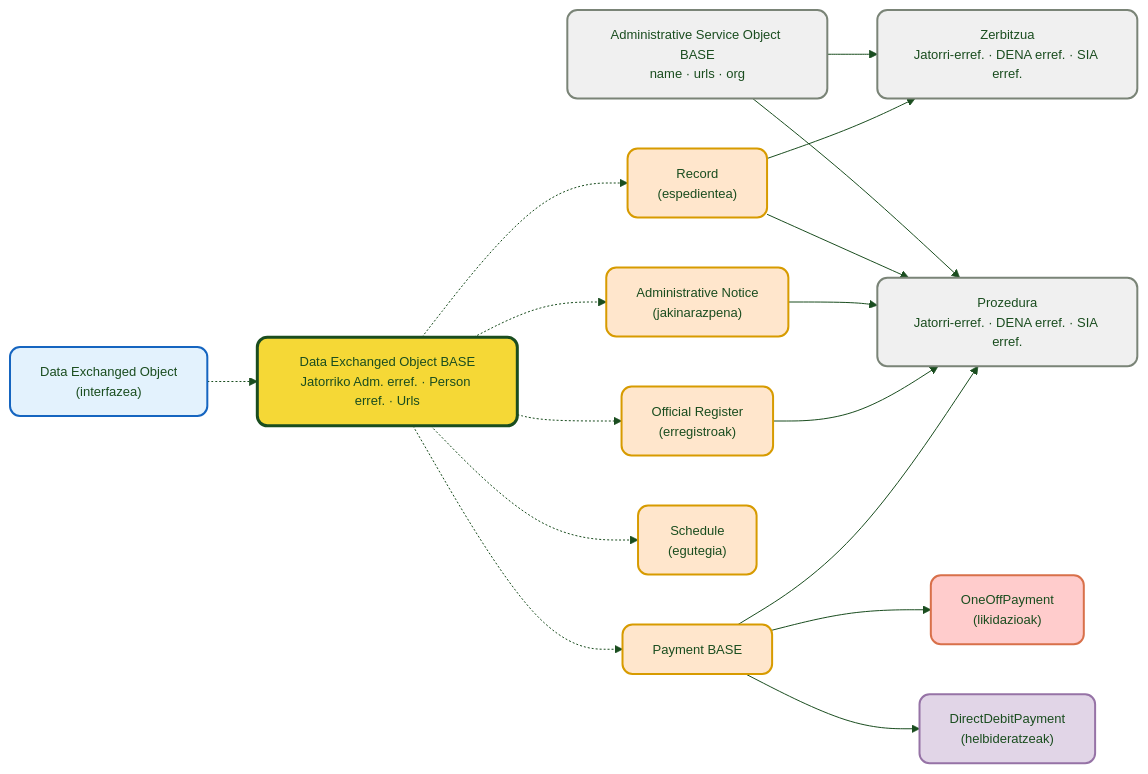
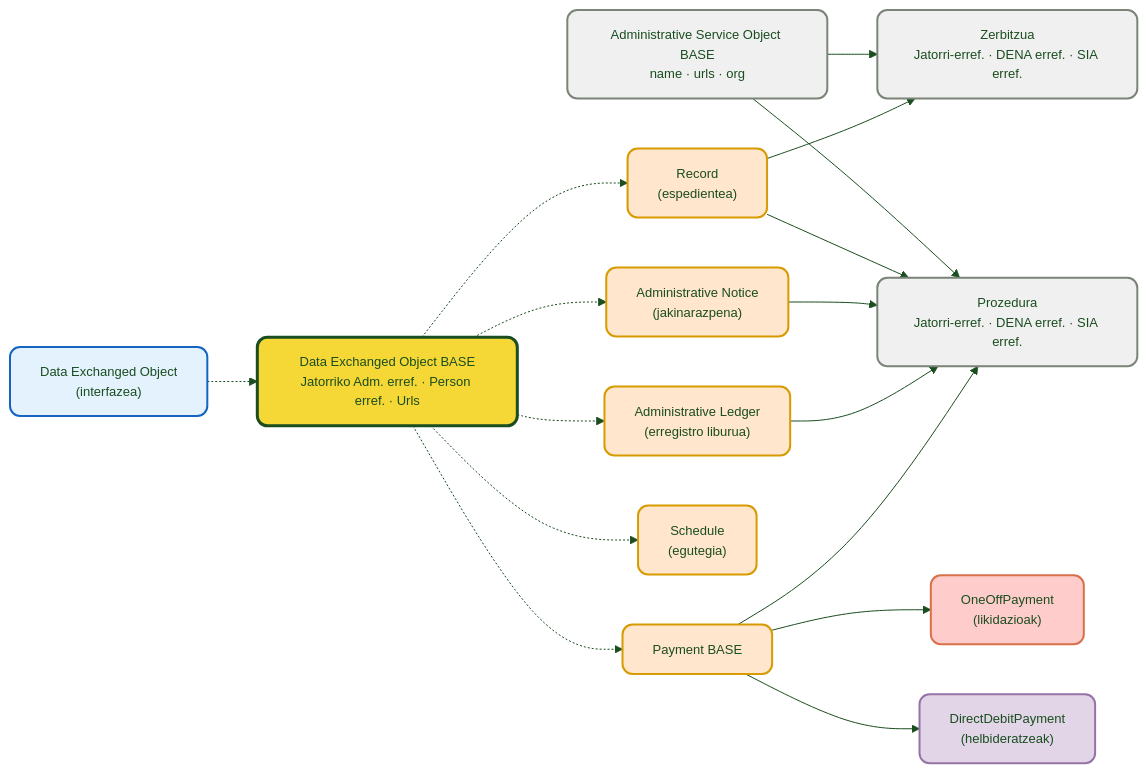
Before and after one commit to DENA-Euskadi/dena-euskadi.github.io: the first of 3 diagrams in docs/semantica/data-retrieve/index.eu.md, drawn with Mermaid. The commit also changed other lines of this file and 75 other files, not shown here.

````diff
--- a/docs/semantica/data-retrieve/index.eu.md
+++ b/docs/semantica/data-retrieve/index.eu.md
@@ -25,74 +25,74 @@
 ```mermaid
 ---
 config:
   theme: base
   themeVariables:
     primaryColor: "#FFFFFF"
     primaryTextColor: "#1a4d1f"
     primaryBorderColor: "#70d680"
     lineColor: "#1a4d1f"
     fontSize: "13px"
     fontFamily: "Manrope, sans-serif"
     edgeLabelBackground: "#FFFFFF"
 ---
 flowchart LR
     IFACE["Data Exchanged Object\n(interfazea)"]
     BASE["Data Exchanged Object BASE\nJatorriko Adm. erref. · Person erref. · Urls"]
 
     IFACE -.-> BASE
 
     RECORD["Record\n(espedientea)"]
     NOTICE["Administrative Notice\n(jakinarazpena)"]
-    REGISTRY["Official Register\n(erregistroak)"]
+    REGISTRY["Administrative Ledger\n(erregistro liburua)"]
     PAYBASE["Payment BASE"]
     SCHEDULE["Schedule\n(egutegia)"]
 
     BASE -.-> RECORD
     BASE -.-> NOTICE
     BASE -.-> REGISTRY
     BASE -.-> PAYBASE
     BASE -.-> SCHEDULE
 
     ONEOFF["OneOffPayment\n(likidazioak)"]
     DIRECTDEBIT["DirectDebitPayment\n(helbideratzeak)"]
 
     PAYBASE --> ONEOFF
     PAYBASE --> DIRECTDEBIT
 
     SRVBASE["Administrative Service Object BASE\nname · urls · org"]
     SRV["Zerbitzua\nJatorri-erref. · DENA erref. · SIA erref."]
     PROC["Prozedura\nJatorri-erref. · DENA erref. · SIA erref."]
 
     SRVBASE --> SRV
     SRVBASE --> PROC
 
     RECORD --> SRV
     RECORD --> PROC
     NOTICE --> PROC
     REGISTRY --> PROC
     PAYBASE --> PROC
 
     click RECORD "./data/expediente/" "Ver documentación de Expediente"
     click NOTICE "./data/notificacion/" "Ver documentación de Notificación"
-    click REGISTRY "./data/registro-oficial/" "Ver documentación de Registro Oficial"
+    click REGISTRY "./data/libro-registro/" "Ikusi Erregistro Liburuaren dokumentazioa"
     click PAYBASE "./data/pago/" "Ver documentación de Pagos"
     click ONEOFF "./data/pago/" "Ver documentación de Pago Único"
     click DIRECTDEBIT "./data/pago/" "Ver documentación de Domiciliación"
     click SCHEDULE "./data/cita/" "Ver documentación de Cita"
     click SRV "./data/servicio-administrativo/" "Ver documentación de Servicio"
     click PROC "./data/servicio-administrativo/" "Ver documentación de Procedimiento"
     click BASE "./data/campos-comunes/" "Ver campos comunes heredados"
 
     style IFACE fill:#e3f2fd,stroke:#1565c0,color:#1a4d1f,stroke-width:2px,rx:10,ry:10
     style BASE fill:#f5d836,stroke:#1a4d1f,color:#1a4d1f,stroke-width:3px,rx:10,ry:10
     style RECORD fill:#ffe6cc,stroke:#d79b00,color:#1a4d1f,stroke-width:2px,rx:10,ry:10
     style NOTICE fill:#ffe6cc,stroke:#d79b00,color:#1a4d1f,stroke-width:2px,rx:10,ry:10
     style REGISTRY fill:#ffe6cc,stroke:#d79b00,color:#1a4d1f,stroke-width:2px,rx:10,ry:10
     style PAYBASE fill:#ffe6cc,stroke:#d79b00,color:#1a4d1f,stroke-width:2px,rx:10,ry:10
     style SCHEDULE fill:#ffe6cc,stroke:#d79b00,color:#1a4d1f,stroke-width:2px,rx:10,ry:10
     style ONEOFF fill:#ffcccc,stroke:#d8704a,color:#1a4d1f,stroke-width:2px,rx:10,ry:10
     style DIRECTDEBIT fill:#e1d5e7,stroke:#9673a6,color:#1a4d1f,stroke-width:2px,rx:10,ry:10
     style SRVBASE fill:#f0f0f0,stroke:#7a8477,color:#1a4d1f,stroke-width:2px,rx:10,ry:10
     style SRV fill:#f0f0f0,stroke:#7a8477,color:#1a4d1f,stroke-width:2px,rx:10,ry:10
     style PROC fill:#f0f0f0,stroke:#7a8477,color:#1a4d1f,stroke-width:2px,rx:10,ry:10
 ```
````
